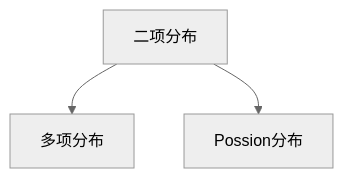
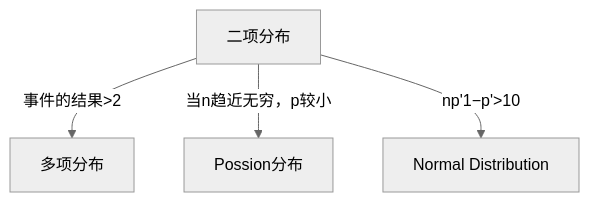
Before and after one commit to introvert24312/somehow: the diagram in source/_posts/Mind map of health statistics.md, drawn with Mermaid (neutral theme). The commit also changed other lines of this file and 2 other files, not shown here.

Commit message:
zhengtai

````diff
--- a/source/_posts/Mind map of health statistics.md
+++ b/source/_posts/Mind map of health statistics.md
@@ -9,10 +9,11 @@
 ```mermaid
 graph TD;
-0[二项分布]-->00[多项分布];
-0[二项分布]-->1[Possion分布];
+0[二项分布]-->|事件的结果>2|00[多项分布];
+0[二项分布]-->|当n趋近无穷，p较小|1[Possion分布];
+0[二项分布]-->|np'1−p'>10|2[Normal Distribution];
 
 click 0 "https://ysz.asia/2024/03/14/Binomial%20Distribution/"
 click 00 "https://ysz.asia/2024/03/14/Binomial%20Distribution/"
 click 1 "https://ysz.asia/2024/03/16/Poisson%20Distribution/"
-
+click 2 "https://ysz.asia/2024/03/24/Normal%20Distribution/"
 ```
````
